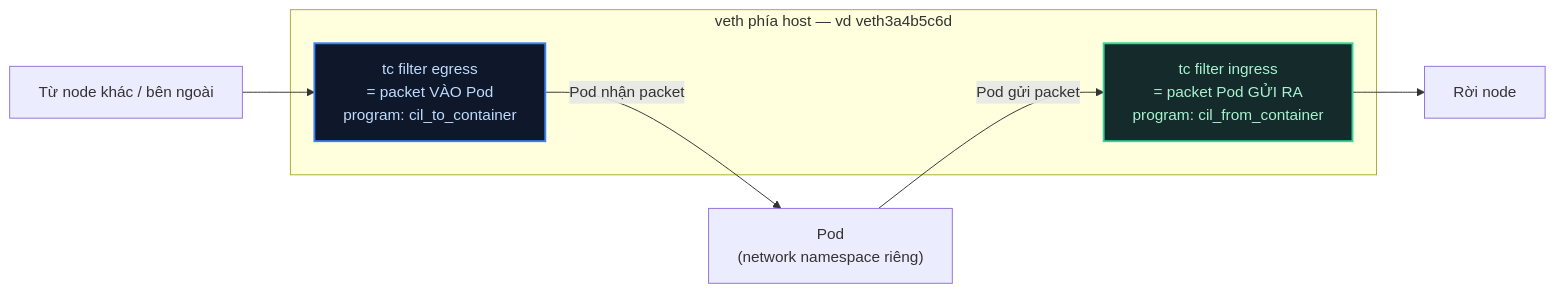
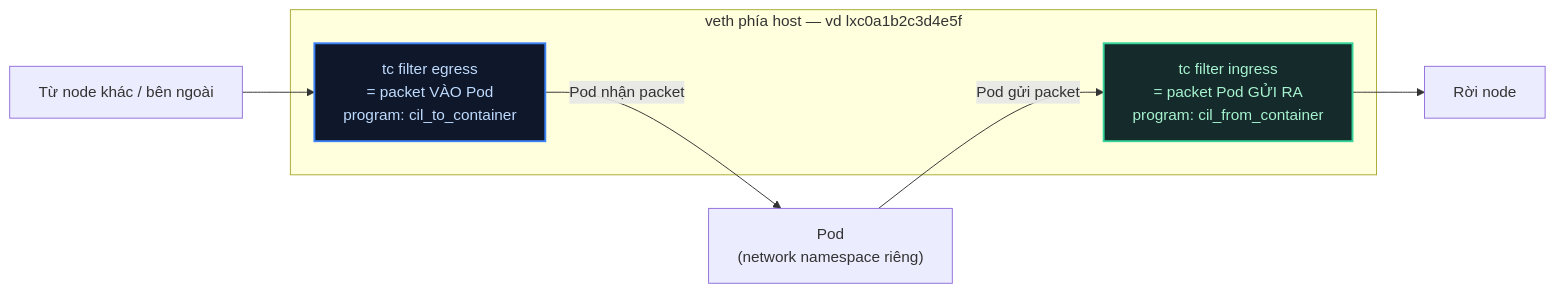
Before and after one commit to thangphan205/network-thuc-chien: the third of 5 diagrams in kubernetes-networking/k8s-lab/tap-26-ebpf-hooks/lab-guide.md, drawn with Mermaid. The commit also changed other lines of this file, not shown here.

````diff
--- a/kubernetes-networking/k8s-lab/tap-26-ebpf-hooks/lab-guide.md
+++ b/kubernetes-networking/k8s-lab/tap-26-ebpf-hooks/lab-guide.md
@@ -160,14 +166,14 @@
    ```mermaid
    graph LR
      POD["Pod<br/>(network namespace riêng)"]
-     subgraph veth ["veth phía host — vd veth3a4b5c6d"]
+     subgraph veth ["veth phía host — vd lxc0a1b2c3d4e5f"]
        ING["tc filter ingress<br/>= packet Pod GỬI RA<br/>program: cil_from_container"]
        EGR["tc filter egress<br/>= packet VÀO Pod<br/>program: cil_to_container"]
      end
 
      POD -->|"Pod gửi packet"| ING --> HOST_OUT["Rời node"]
      HOST_IN["Từ node khác / bên ngoài"] --> EGR -->|"Pod nhận packet"| POD
 
      style ING fill:#152a2a,stroke:#34d399,stroke-width:2px,color:#a7f3d0
      style EGR fill:#0f172a,stroke:#3b82f6,stroke-width:2px,color:#bfdbfe
    ```
````
